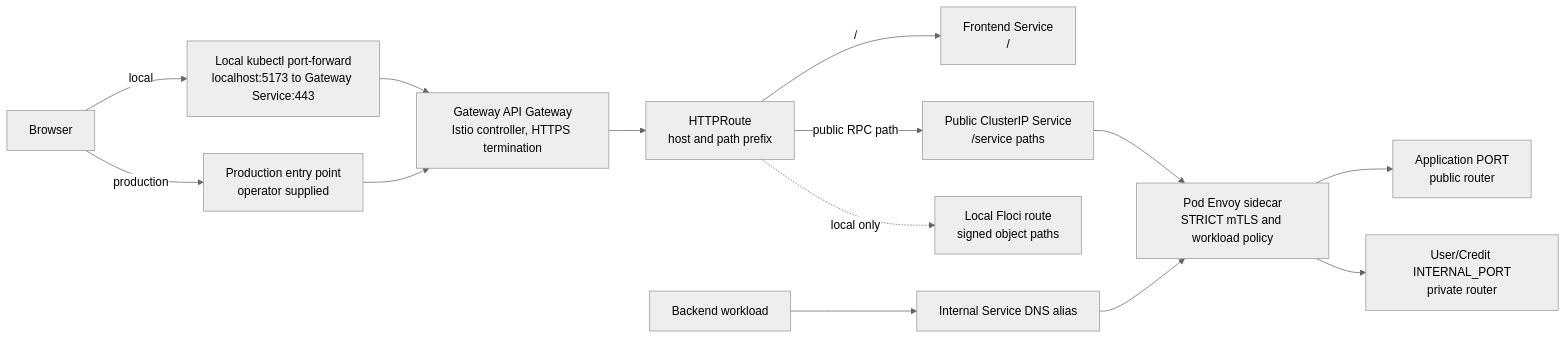
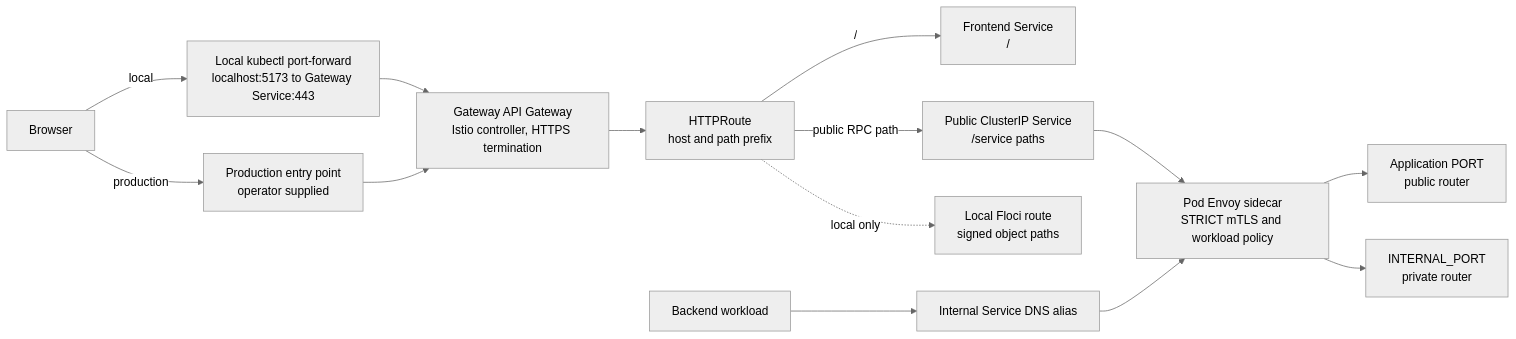
The diagram in infra/k8s/README.md (AY2627S1-CS3219-P1/FoC), drawn with Mermaid (neutral theme) before and after one commit. The commit also changed other lines of this file and 2 other files, not shown here.

````diff
--- a/infra/k8s/README.md
+++ b/infra/k8s/README.md
@@ -236,24 +240,24 @@
 ```mermaid
 flowchart LR
     B[Browser]
     PF[Local kubectl port-forward<br/>localhost:5173 to Gateway Service:443]
     EXT[Production entry point<br/>operator supplied]
     G[Gateway API Gateway<br/>Istio controller, HTTPS termination]
     R[HTTPRoute<br/>host and path prefix]
     F[Frontend Service<br/>/]
     S[Public ClusterIP Service<br/>/service paths]
     E[Pod Envoy sidecar<br/>STRICT mTLS and workload policy]
     A[Application PORT<br/>public router]
-    I[User/Credit INTERNAL_PORT<br/>private router]
+    I[INTERNAL_PORT<br/>private router]
     C[Backend workload]
     D[Internal Service DNS alias]
     O[Local Floci route<br/>signed object paths]
 
     B -->|local| PF --> G
     B -->|production| EXT --> G
     G --> R
     R -->|/| F
     R -->|public RPC path| S --> E --> A
     C --> D --> E --> I
     R -. local only .-> O
 ```
````
